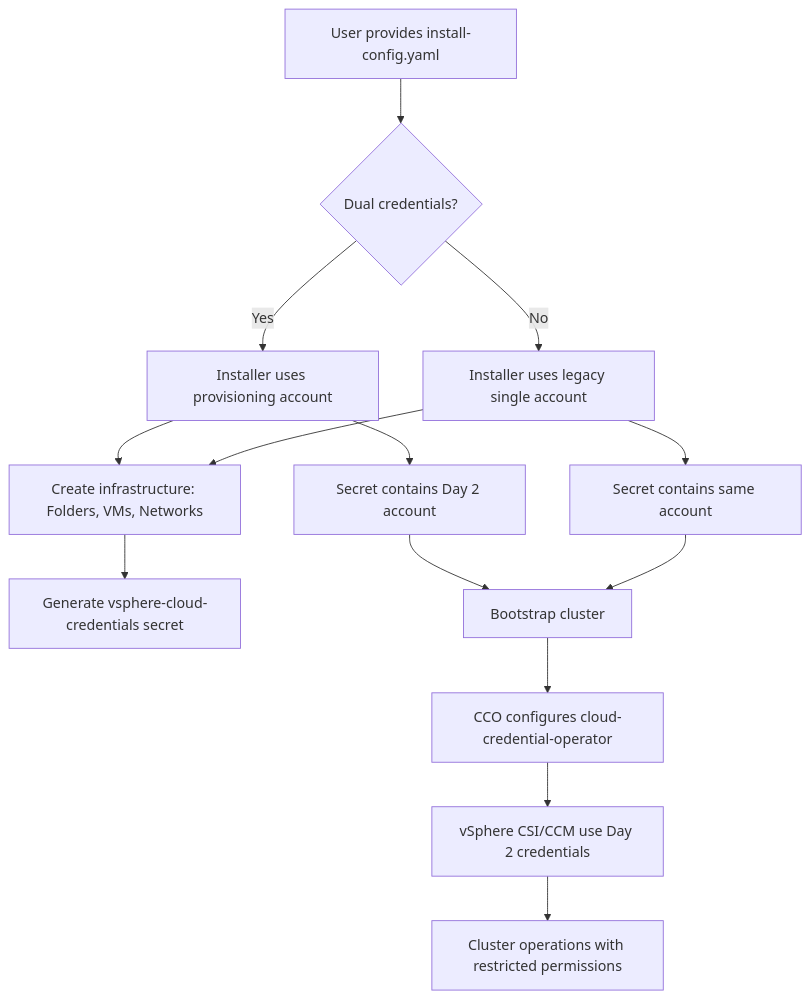
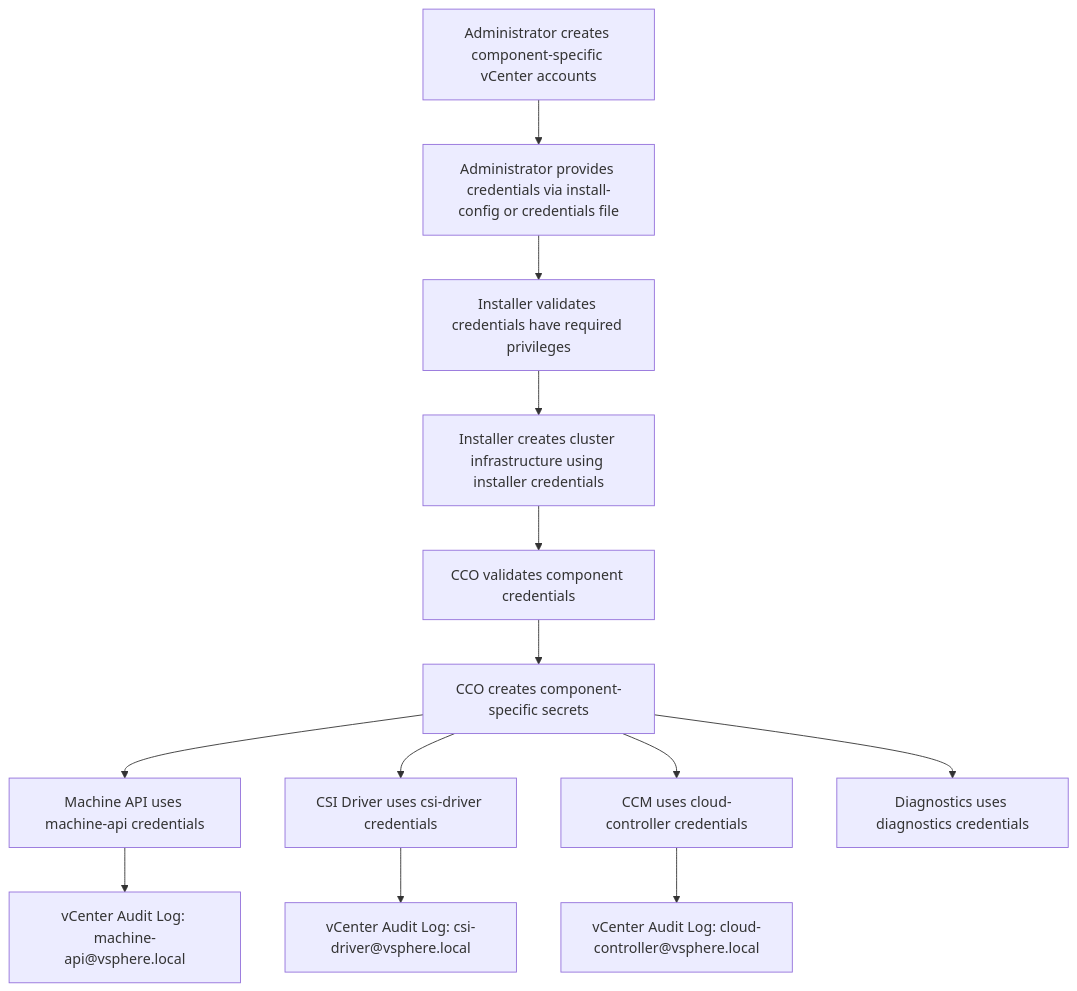
Before and after one commit to openshift-splat-team/splat-team: the first of 2 diagrams in projects/splat-team/knowledge/designs/epic-2.md, drawn with Mermaid. The commit also changed other lines of this file, not shown here.

First line of the commit message:
Revise design for epic-2: align with per-component credential architecture

````diff
--- a/projects/splat-team/knowledge/designs/epic-2.md
+++ b/projects/splat-team/knowledge/designs/epic-2.md
@@ -28,16 +32,15 @@
 ```mermaid
 graph TD
-    A[User provides install-config.yaml] --> B{Dual credentials?}
-    B -->|Yes| C[Installer uses provisioning account]
-    B -->|No| D[Installer uses legacy single account]
-    C --> E[Create infrastructure: Folders, VMs, Networks]
-    D --> E
-    E --> F[Generate vsphere-cloud-credentials secret]
-    C --> G[Secret contains Day 2 account]
-    D --> H[Secret contains same account]
-    G --> I[Bootstrap cluster]
-    H --> I
-    I --> J[CCO configures cloud-credential-operator]
-    J --> K[vSphere CSI/CCM use Day 2 credentials]
-    K --> L[Cluster operations with restricted permissions]
+    A[Administrator creates component-specific vCenter accounts] --> B[Administrator provides credentials via install-config or credentials file]
+    B --> C[Installer validates credentials have required privileges]
+    C --> D[Installer creates cluster infrastructure using installer credentials]
+    D --> E[CCO validates component credentials]
+    E --> F[CCO creates component-specific secrets]
+    F --> G[Machine API uses machine-api credentials]
+    F --> H[CSI Driver uses csi-driver credentials]
+    F --> I[CCM uses cloud-controller credentials]
+    F --> J[Diagnostics uses diagnostics credentials]
+    G --> K[vCenter Audit Log: machine-api@vsphere.local]
+    H --> L[vCenter Audit Log: csi-driver@vsphere.local]
+    I --> M[vCenter Audit Log: cloud-controller@vsphere.local]
 ```
````
